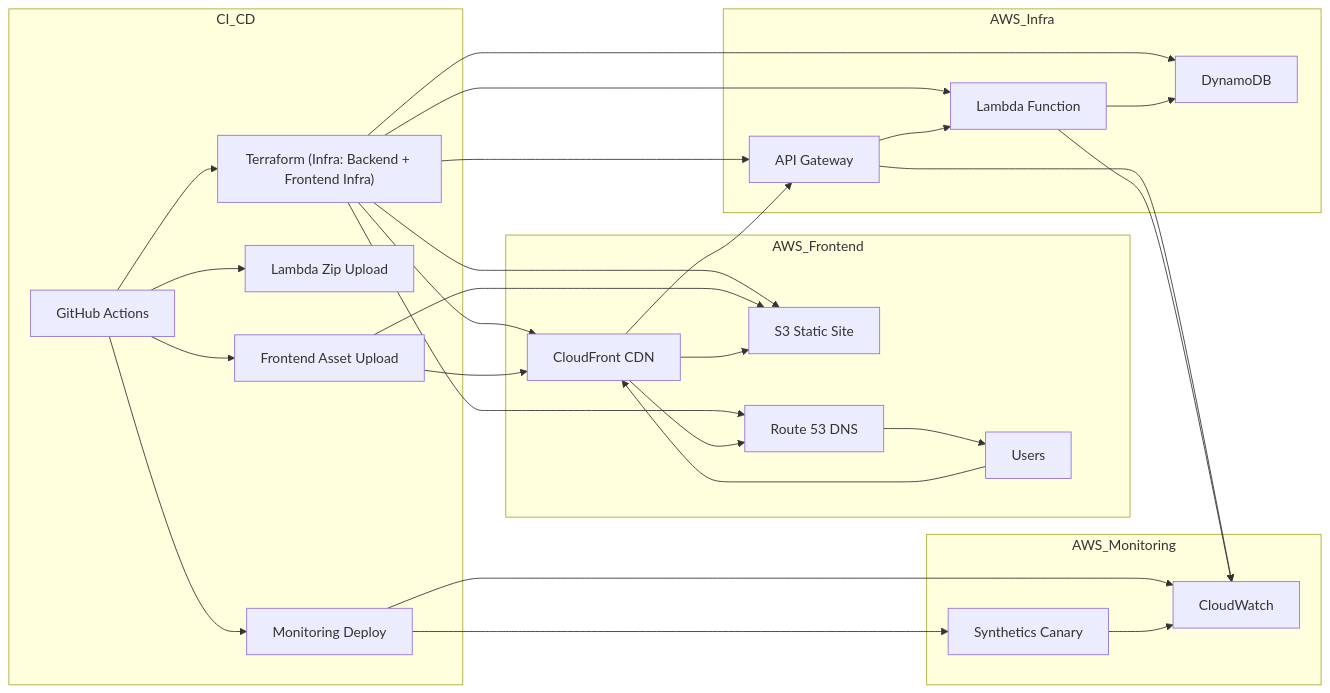
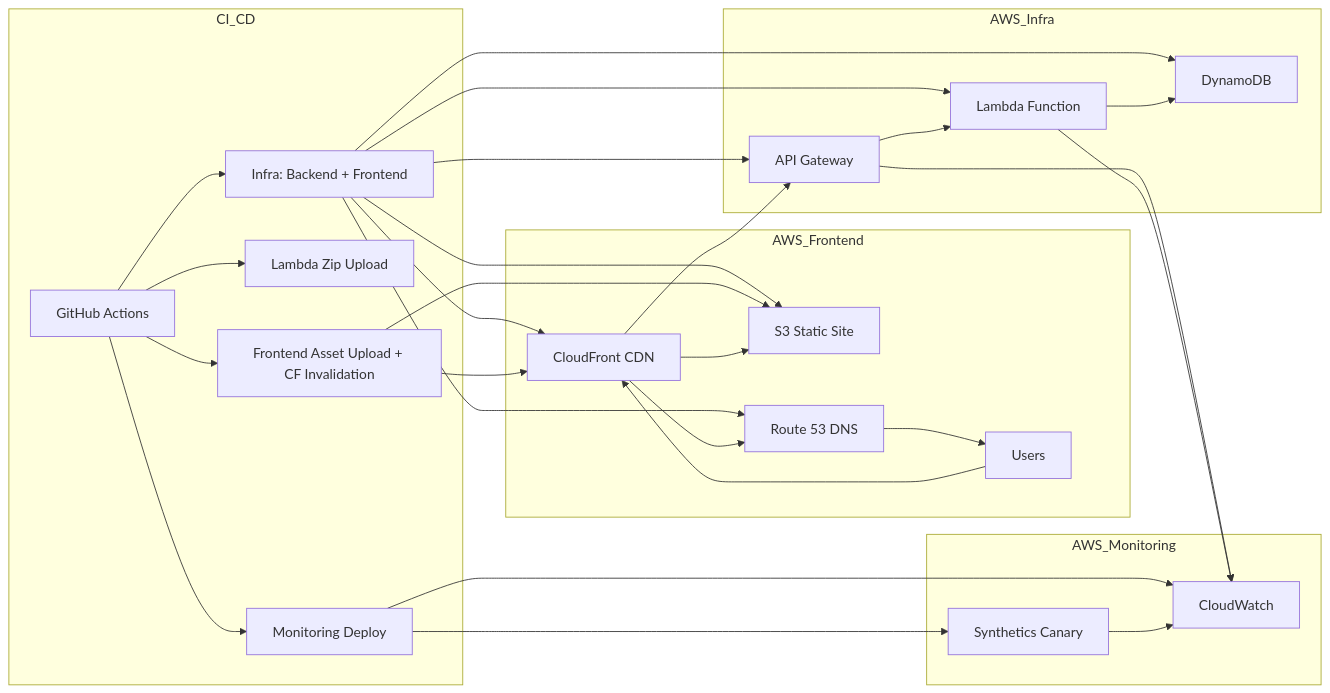
One commit to hybridmulticloud/overview changed the sixth of 6 diagrams in README_9.md. Above: the diagram before and after it, drawn with Mermaid.

````diff
--- a/README_9.md
+++ b/README_9.md
@@ -142,40 +142,40 @@
 ```mermaid
 flowchart LR
   GH[GitHub Actions]
 
   subgraph CI_CD
-    GH --> TF["Terraform (Infra: Backend + Frontend Infra)"]
+    GH --> TF["Infra: Backend + Frontend"]
     GH --> LD["Lambda Zip Upload"]
-    GH --> FD["Frontend Asset Upload"]
+    GH --> FD["Frontend Asset Upload + CF Invalidation"]
     GH --> MD["Monitoring Deploy"]
   end
 
   subgraph AWS_Infra
     TF --> APIGW["API Gateway"]
     TF --> Lambda["Lambda Function"]
     TF --> DynamoDB["DynamoDB"]
     APIGW --> Lambda
     Lambda --> DynamoDB
   end
 
   subgraph AWS_Frontend
     TF --> S3["S3 Static Site"]
     TF --> CF["CloudFront CDN"]
     TF --> Route53["Route 53 DNS"]
     FD --> S3
     FD --> CF
     CF --> S3
     CF --> APIGW
     CF --> Route53
     Route53 --> User["Users"]
     User --> CF
   end
 
   subgraph AWS_Monitoring
     MD --> Canary["Synthetics Canary"]
     MD --> CW["CloudWatch"]
     Canary --> CW
     APIGW --> CW
     Lambda --> CW
   end
 ```
````
